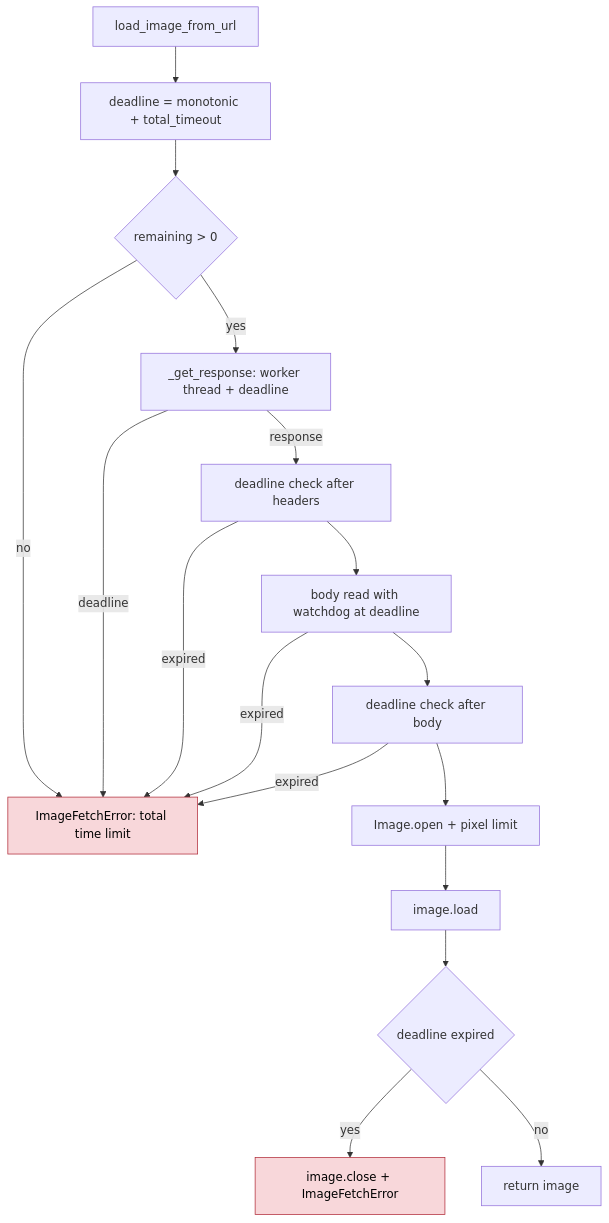
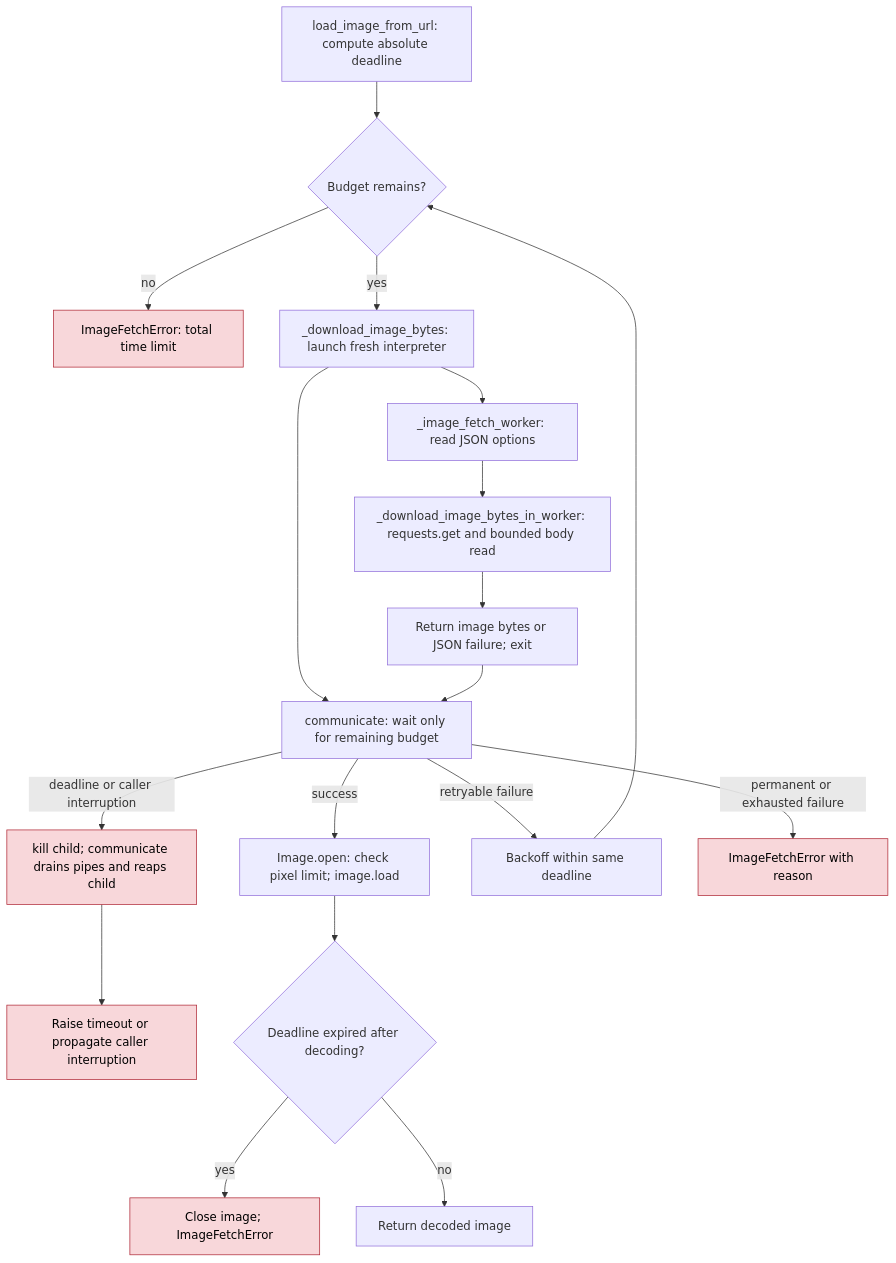
Before and after one commit to ModelCloud/GPTQModel: the diagram in docs/remote-image-fetch-bounds.md, drawn with Mermaid. The commit also changed other lines of this file and 3 other files, not shown here.

First line of the commit message:
fix(calibration): reap timed-out image fetch workers (#3855)

````diff
--- a/docs/remote-image-fetch-bounds.md
+++ b/docs/remote-image-fetch-bounds.md
@@ -15,22 +20,22 @@
 ```mermaid
 flowchart TD
-    A[load_image_from_url] --> B[deadline = monotonic + total_timeout]
-    B --> C{remaining > 0}
-    C -- no --> Z[ImageFetchError: total time limit]
-    C -- yes --> D[_get_response: worker thread + deadline]
-    D -- deadline --> Z
-    D -- response --> E[deadline check after headers]
-    E -- expired --> Z
-    E --> F[body read with watchdog at deadline]
-    F -- expired --> Z
-    F --> G[deadline check after body]
-    G -- expired --> Z
-    G --> H[Image.open + pixel limit]
-    H --> I[image.load]
-    I --> J{deadline expired}
-    J -- yes --> K[image.close + ImageFetchError]
-    J -- no --> L[return image]
-
+    A["load_image_from_url: compute absolute deadline"] --> B{"Budget remains?"}
+    B -- no --> Z["ImageFetchError: total time limit"]
+    B -- yes --> C["_download_image_bytes: launch fresh interpreter"]
+    C --> D["_image_fetch_worker: read JSON options"]
+    D --> E["_download_image_bytes_in_worker: requests.get and bounded body read"]
+    E --> F["Return image bytes or JSON failure; exit"]
+    C --> G["communicate: wait only for remaining budget"]
+    F --> G
+    G -- deadline or caller interruption --> H["kill child; communicate drains pipes and reaps child"]
+    H --> I["Raise timeout or propagate caller interruption"]
+    G -- success --> J["Image.open: check pixel limit; image.load"]
+    J --> K{"Deadline expired after decoding?"}
+    K -- yes --> L["Close image; ImageFetchError"]
+    K -- no --> M["Return decoded image"]
+    G -- retryable failure --> N["Backoff within same deadline"]
+    N --> B
+    G -- permanent or exhausted failure --> O["ImageFetchError with reason"]
     classDef fail fill:#f8d7da,stroke:#b02a37,color:#000;
-    class Z,K fail;
+    class Z,H,I,L,O fail;
 ```
````
